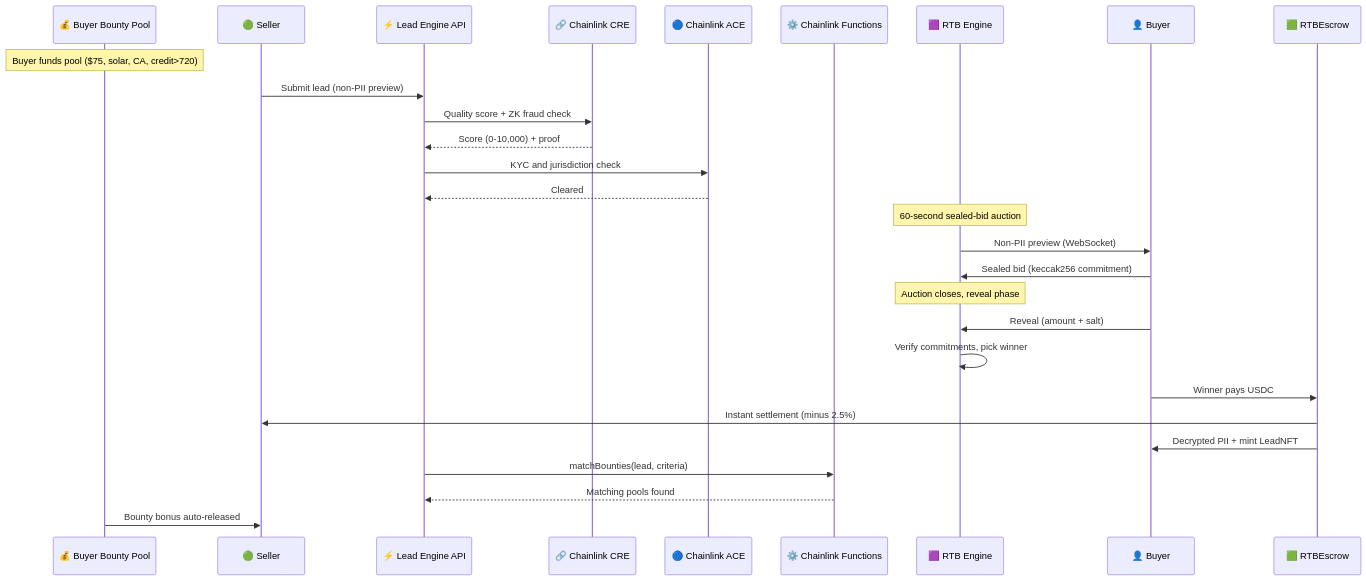
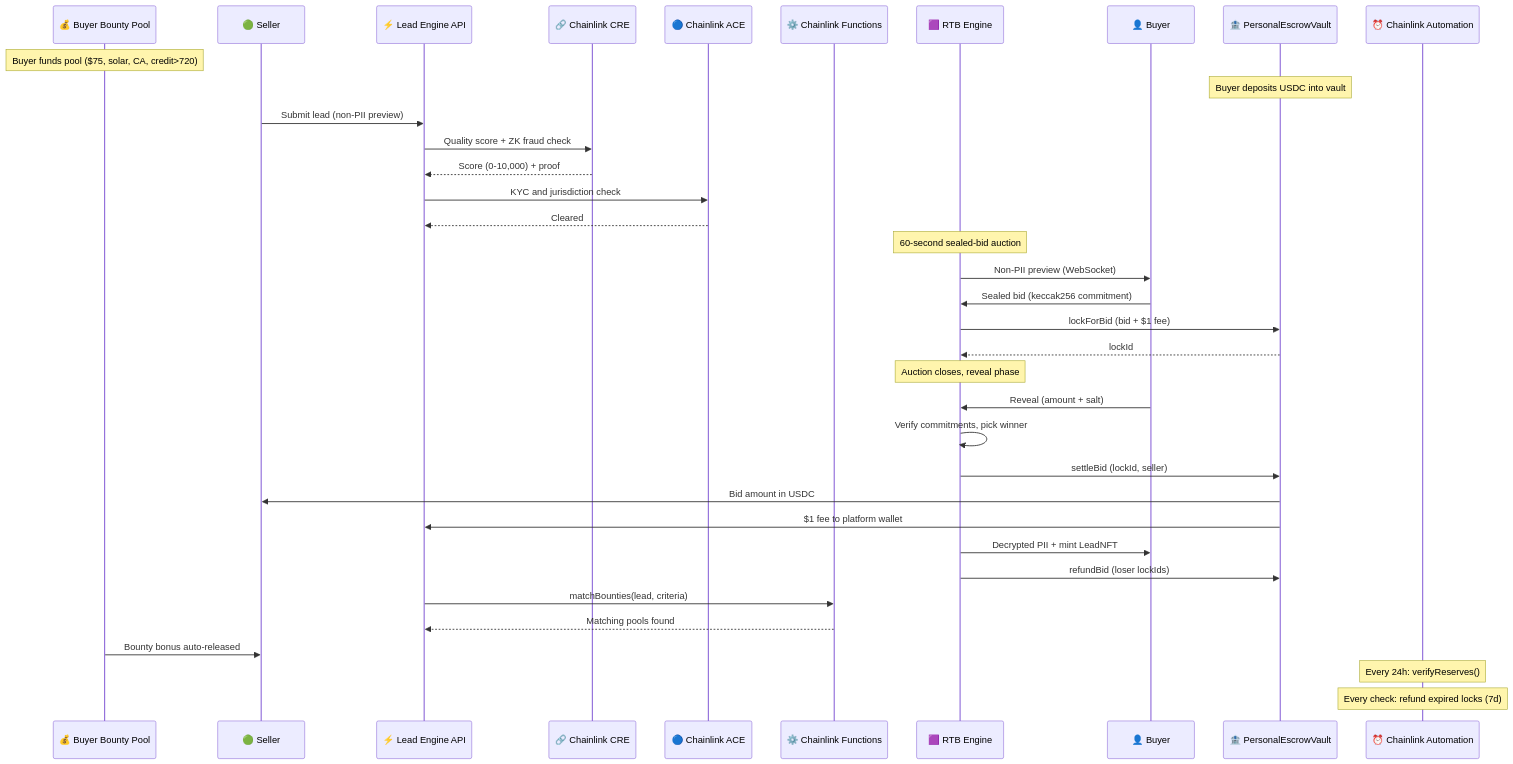
One commit to bnmbnmai/lead-engine-cre changed the first of 2 diagrams in README.md. Above: the diagram before and after it, drawn with Mermaid. The commit also changed other lines of this file, not shown here.

First line of the commit message:
docs: README refresh  vault, PoR, Automation, updated diagrams + tables

````diff
--- a/README.md
+++ b/README.md
@@ -74,38 +78,47 @@
 ```mermaid
 sequenceDiagram
     participant BP as 💰 Buyer Bounty Pool
     participant S as 🟢 Seller
     participant API as ⚡ Lead Engine API
     participant CRE as 🔗 Chainlink CRE
     participant ACE as 🔵 Chainlink ACE
     participant FN as ⚙️ Chainlink Functions
     participant RTB as 🟪 RTB Engine
     participant B as 👤 Buyer
-    participant X as 🟩 RTBEscrow
+    participant V as 🏦 PersonalEscrowVault
+    participant AUTO as ⏰ Chainlink Automation
 
     Note over BP: Buyer funds pool ($75, solar, CA, credit>720)
+    Note over V: Buyer deposits USDC into vault
 
     S->>API: Submit lead (non-PII preview)
     API->>CRE: Quality score + ZK fraud check
     CRE-->>API: Score (0-10,000) + proof
     API->>ACE: KYC and jurisdiction check
     ACE-->>API: Cleared
 
     Note over RTB: 60-second sealed-bid auction
 
     RTB->>B: Non-PII preview (WebSocket)
     B->>RTB: Sealed bid (keccak256 commitment)
+    RTB->>V: lockForBid (bid + $1 fee)
+    V-->>RTB: lockId
 
     Note over RTB: Auction closes, reveal phase
 
     B->>RTB: Reveal (amount + salt)
     RTB->>RTB: Verify commitments, pick winner
 
-    B->>X: Winner pays USDC
-    X->>S: Instant settlement (minus 2.5%)
-    X->>B: Decrypted PII + mint LeadNFT
+    RTB->>V: settleBid (lockId, seller)
+    V->>S: Bid amount in USDC
+    V->>API: $1 fee to platform wallet
+    RTB->>B: Decrypted PII + mint LeadNFT
+    RTB->>V: refundBid (loser lockIds)
 
     API->>FN: matchBounties(lead, criteria)
     FN-->>API: Matching pools found
     BP->>S: Bounty bonus auto-released
+
+    Note over AUTO: Every 24h: verifyReserves()
+    Note over AUTO: Every check: refund expired locks (7d)
 ```
````
